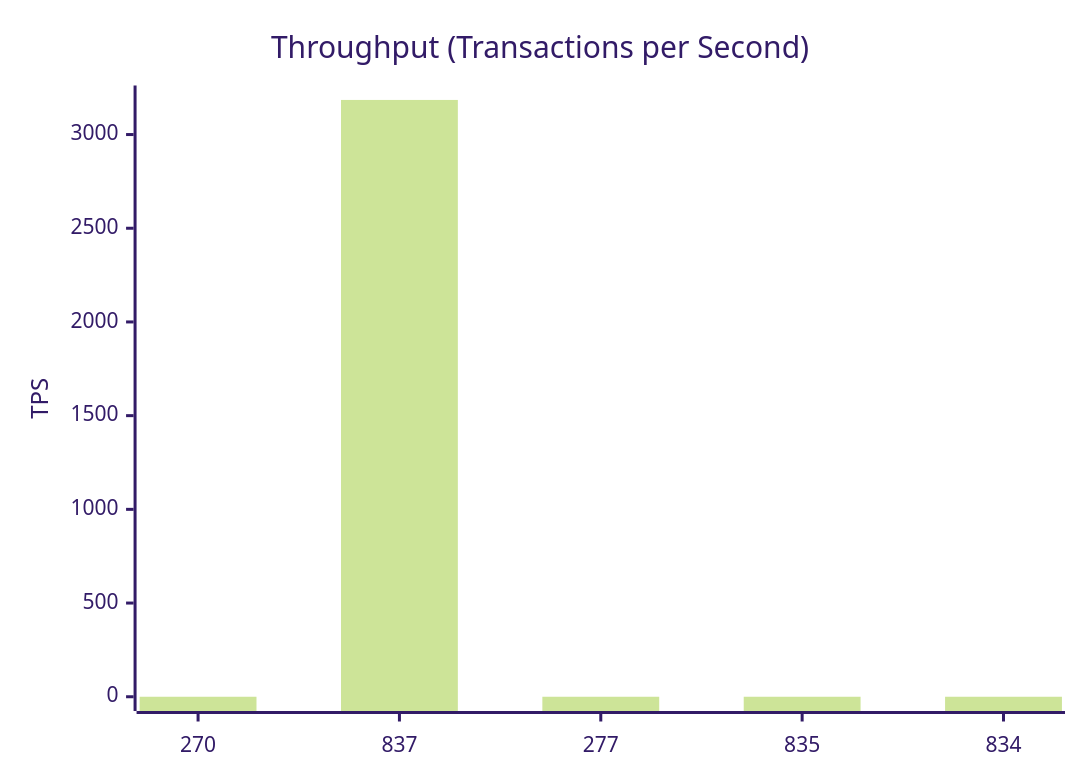
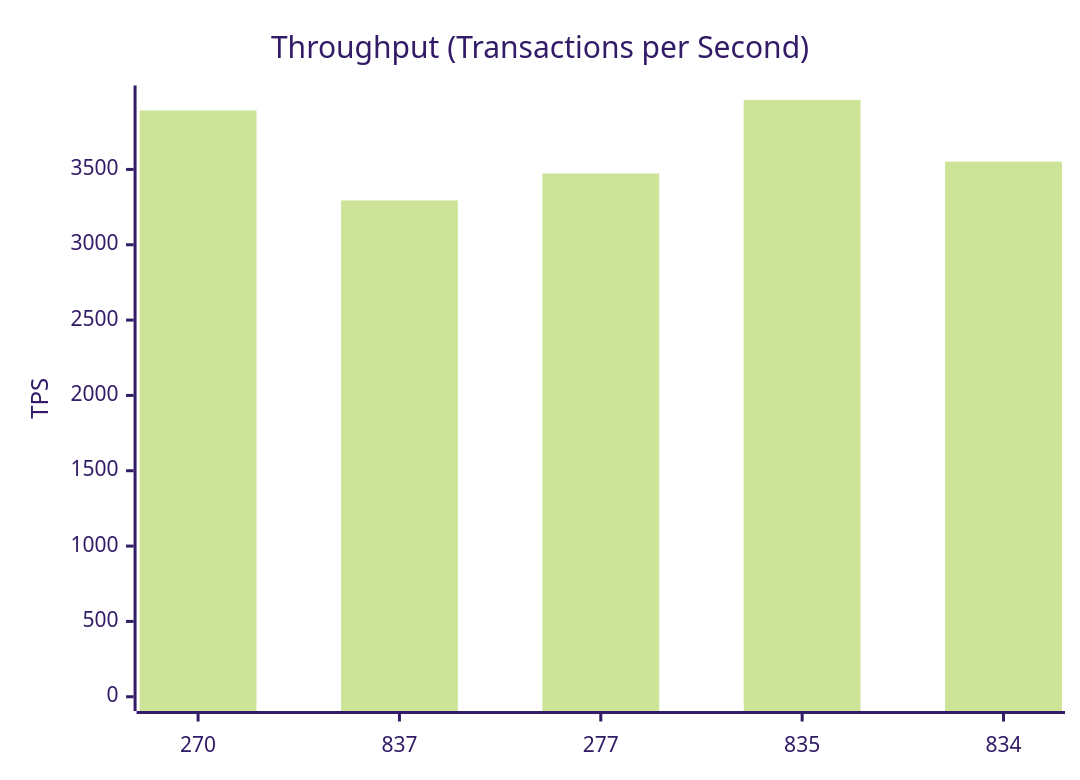
The second of 10 diagrams in test-tools/DataGen/src/Statistics_Visualizer.md (dhagan-va/intern-2025), drawn with Mermaid (forest theme) before and after one commit. The commit also changed other lines of this file, not shown here.

````diff
--- a/test-tools/DataGen/src/Statistics_Visualizer.md
+++ b/test-tools/DataGen/src/Statistics_Visualizer.md
@@ -30,7 +30,7 @@
 ```mermaid
 xychart-beta
     title "Throughput (Transactions per Second)"
     x-axis ["270", "837", "277", "835", "834"]
-    y-axis "TPS" 0 --> 3185.672806715838
-    bar [0.0, 3184.672806715838, 0.0, 0.0, 0.0]
+    y-axis "TPS" 0 --> 3962.429488917108
+    bar [3891.4633095337535, 3294.4614322582215, 3473.1535682166013, 3961.429488917108, 3551.7960167848078]
 ```
````
